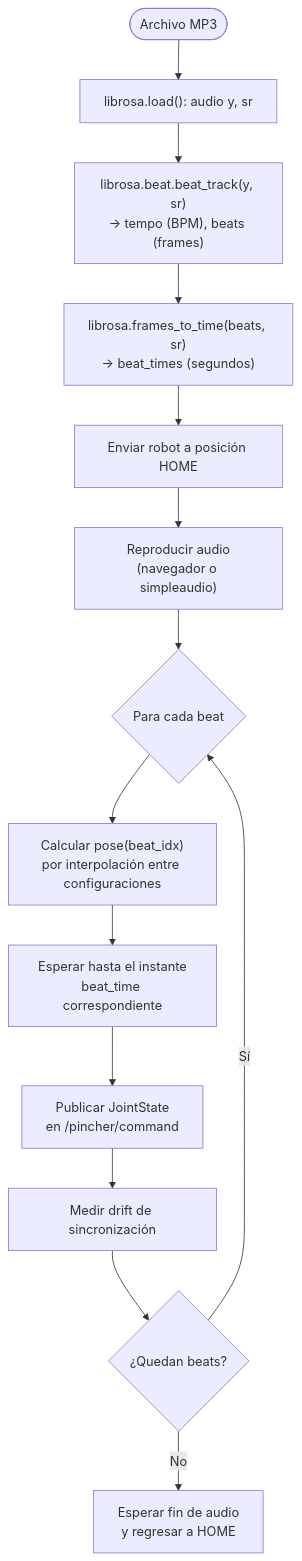
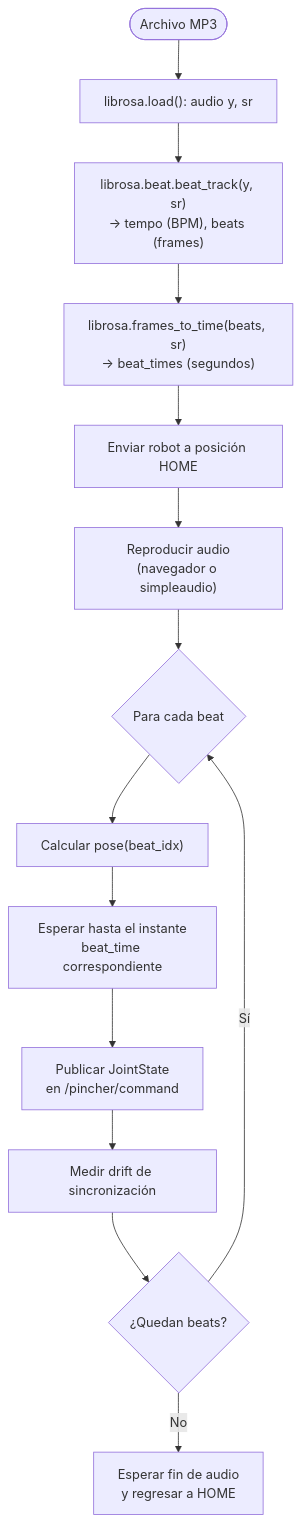
The sixth of 6 diagrams in Laboratorio No. 06 - Robótica de Desarrollo ROS Jazzy y Control Servovisual/README.MD (labsir-un/Robotica-2026-I-Equipo-2E-Mora-Pacheco-Pinilla), drawn with Mermaid before and after one commit. The commit also changed other lines of this file, not shown here.

````diff
--- a/Laboratorio No. 06 - Robótica de Desarrollo ROS Jazzy y Control Servovisual/README.MD
+++ b/Laboratorio No. 06 - Robótica de Desarrollo ROS Jazzy y Control Servovisual/README.MD
@@ -786,16 +807,16 @@
 ```mermaid
 flowchart TD
     START([Archivo MP3]) --> LOAD["librosa.load(): audio y, sr"]
     LOAD --> BEATS["librosa.beat.beat_track(y, sr)<br/>-> tempo (BPM), beats (frames)"]
     BEATS --> TIMES["librosa.frames_to_time(beats, sr)<br/>-> beat_times (segundos)"]
     TIMES --> HOME15["Enviar robot a posición HOME"]
     HOME15 --> PLAYAUDIO["Reproducir audio<br/>(navegador o simpleaudio)"]
     PLAYAUDIO --> LOOP15{"Para cada beat"}
-    LOOP15 --> POSE["Calcular pose(beat_idx)<br/>por interpolación entre configuraciones"]
+    LOOP15 --> POSE["Calcular pose(beat_idx)"]
     POSE --> SYNC["Esperar hasta el instante<br/>beat_time correspondiente"]
     SYNC --> PUBDANCE["Publicar JointState<br/>en /pincher/command"]
     PUBDANCE --> DRIFT["Medir drift de sincronización"]
     DRIFT --> MORE15{"¿Quedan beats?"}
     MORE15 -->|Sí| LOOP15
     MORE15 -->|No| ENDDANCE["Esperar fin de audio<br/>y regresar a HOME"]
 ```
````
